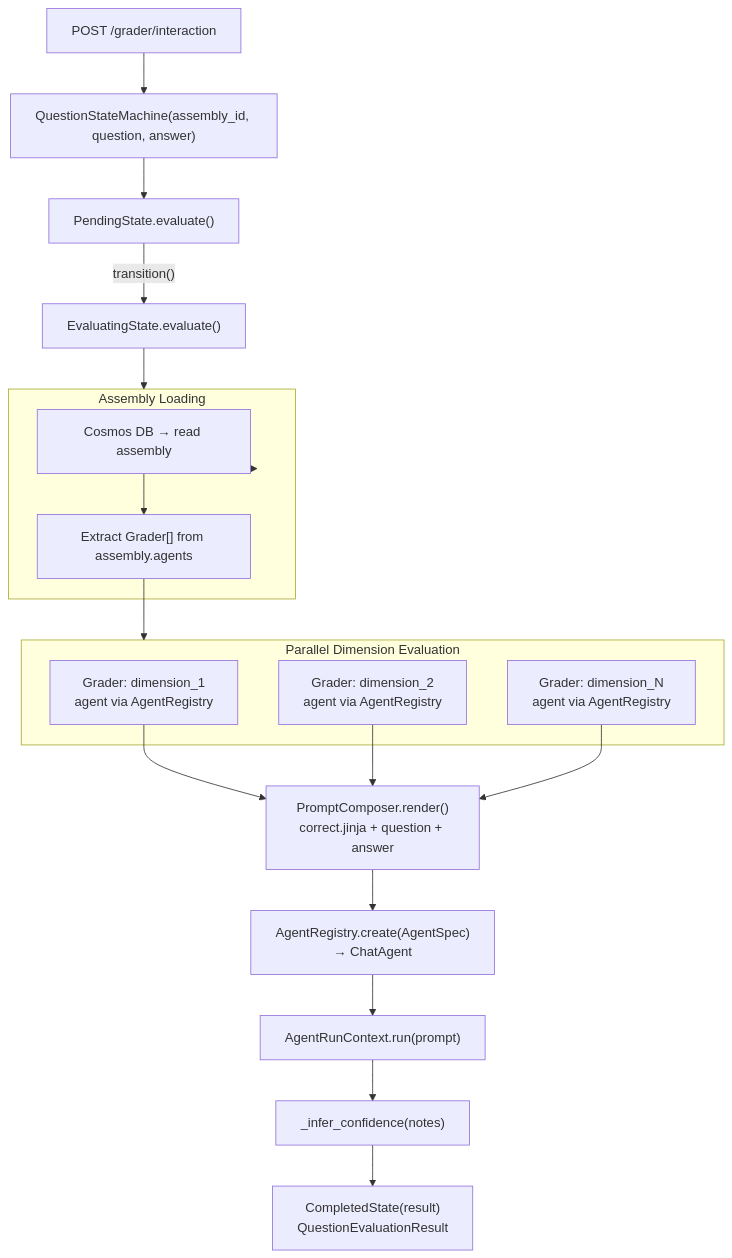
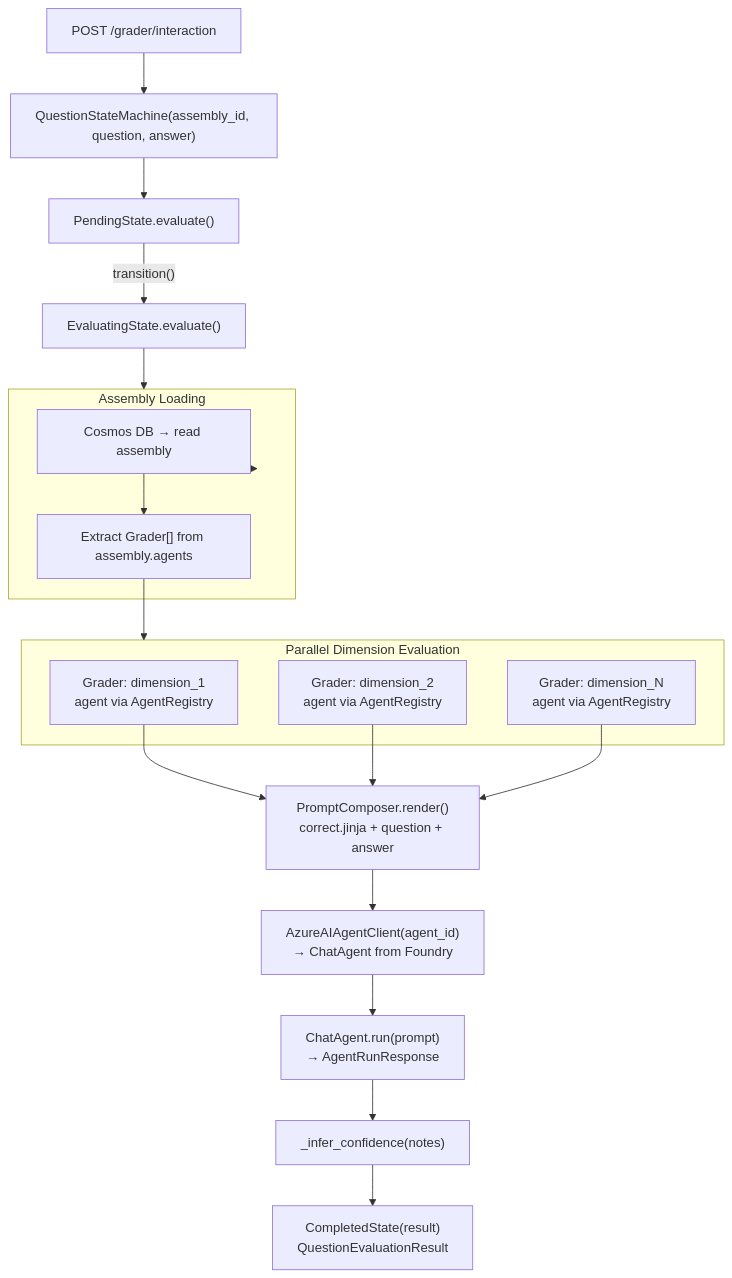
One commit to Azure-Samples/tutor changed diagram 19 of 26 in docs/architecture.md. Above: the diagram before and after it, drawn with Mermaid. The commit also changed other lines of this file and 43 other files, not shown here.

````diff
--- a/docs/architecture.md
+++ b/docs/architecture.md
@@ -864,34 +871,34 @@
 ```mermaid
 flowchart TD
     API["POST /grader/interaction"]
     MACHINE["QuestionStateMachine(assembly_id, question, answer)"]
     PENDING["PendingState.evaluate()"]
     EVALUATING["EvaluatingState.evaluate()"]
 
     subgraph Assembly["Assembly Loading"]
         COSMOS_READ["Cosmos DB → read assembly"]
         GRADERS["Extract Grader[] from assembly.agents"]
     end
 
     subgraph Parallel["Parallel Dimension Evaluation"]
         DIM1["Grader: dimension_1\nagent via AgentRegistry"]
         DIM2["Grader: dimension_2\nagent via AgentRegistry"]
         DIM_N["Grader: dimension_N\nagent via AgentRegistry"]
     end
 
     PROMPT["PromptComposer.render()\ncorrect.jinja + question + answer"]
-    AGENT["AgentRegistry.create(AgentSpec)\n→ ChatAgent"]
-    RUN["AgentRunContext.run(prompt)"]
+    AGENT["AzureAIAgentClient(agent_id)\n→ ChatAgent from Foundry"]
+    RUN["ChatAgent.run(prompt)\n→ AgentRunResponse"]
     CONFIDENCE["_infer_confidence(notes)"]
     COMPLETED["CompletedState(result)\nQuestionEvaluationResult"]
 
     API --> MACHINE --> PENDING
     PENDING -->|"transition()"| EVALUATING
     EVALUATING --> Assembly
     Assembly --> COSMOS_READ --> GRADERS
     GRADERS --> Parallel
     DIM1 --> PROMPT --> AGENT --> RUN
     DIM2 --> PROMPT
     DIM_N --> PROMPT
     RUN --> CONFIDENCE --> COMPLETED
 ```
````
